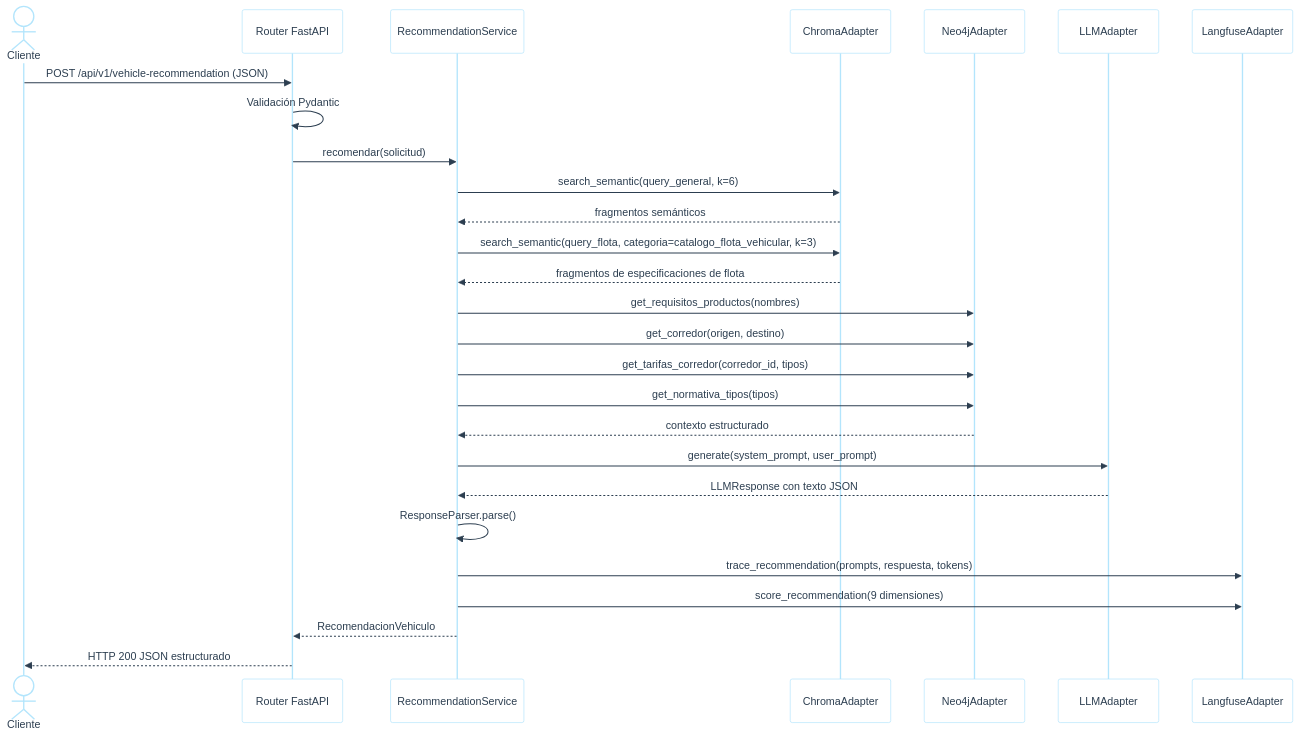
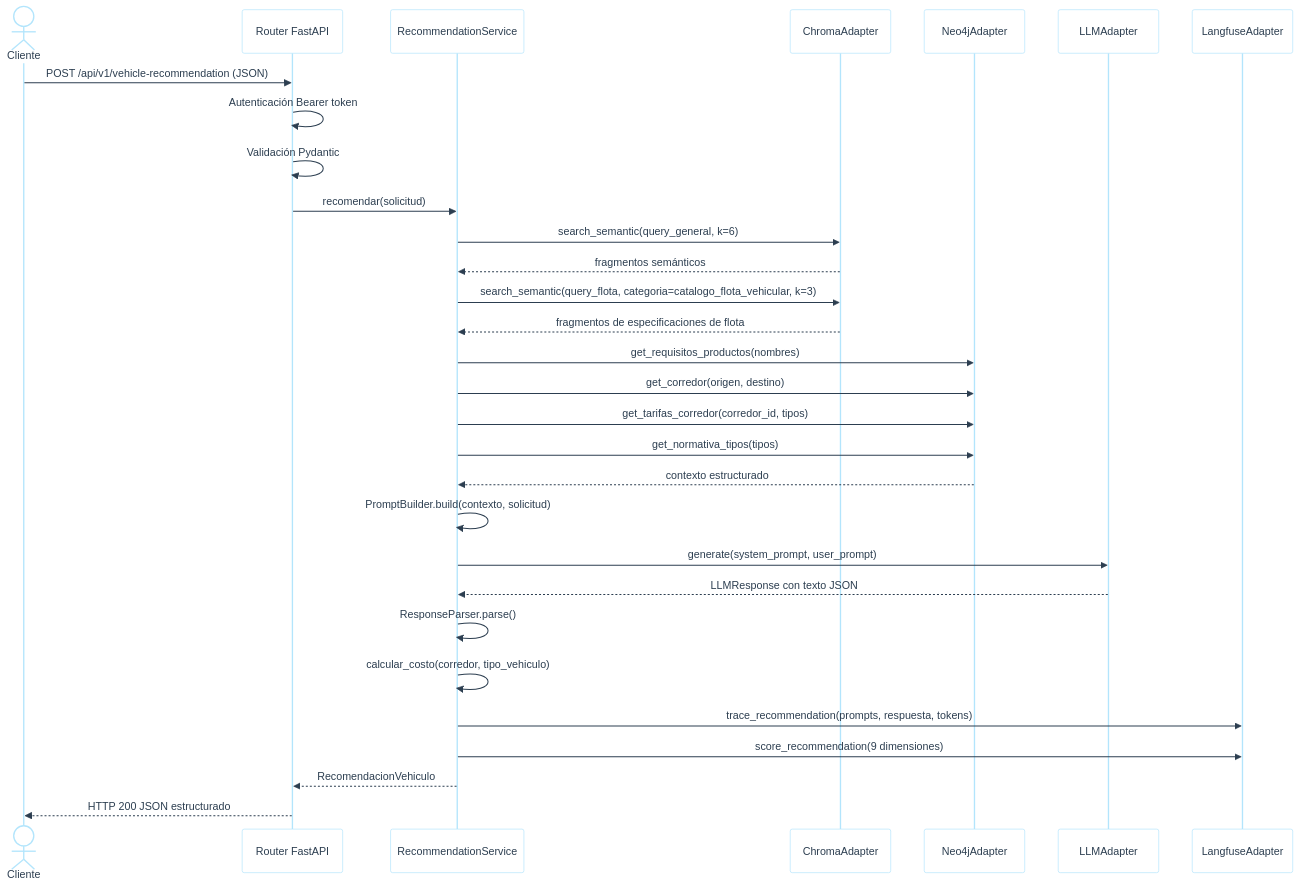
One commit to elizabethtrch/ST1701_dis-rag-vehicle-selection changed the third of 3 diagrams in docs/entrega_2/entrega_final_disenio_y_analisis.md. Above: the diagram before and after it, drawn with Mermaid. The commit also changed other lines of this file, not shown here.

First line of the commit message:
docs: corregir fidelidad técnica de los tres diagramas Mermaid

````diff
--- a/docs/entrega_2/entrega_final_disenio_y_analisis.md
+++ b/docs/entrega_2/entrega_final_disenio_y_analisis.md
@@ -182,50 +203,53 @@
 ```mermaid
 %%{init: {
   'theme': 'base',
   'themeVariables': {
     'primaryColor': '#e1f5fe',
     'primaryTextColor': '#2c3e50',
     'primaryBorderColor': '#b3e5fc',
     'lineColor': '#95a5a6',
     'secondaryColor': '#f3e5f5',
     'tertiaryColor': '#e8f5e9',
     'mainBkg': '#ffffff',
     'nodeBorder': '#d1d9e6',
     'clusterBkg': '#fafafa'
   }
 }}%%
 sequenceDiagram
     actor C as Cliente
     participant R as Router FastAPI
     participant S as RecommendationService
     participant CHROMA as ChromaAdapter
     participant NEO as Neo4jAdapter
     participant LLM as LLMAdapter
     participant OBS as LangfuseAdapter
 
     C->>R: POST /api/v1/vehicle-recommendation (JSON)
+    R->>R: Autenticación Bearer token
     R->>R: Validación Pydantic
     R->>S: recomendar(solicitud)
 
     S->>CHROMA: search_semantic(query_general, k=6)
     CHROMA-->>S: fragmentos semánticos
 
     S->>CHROMA: search_semantic(query_flota, categoria=catalogo_flota_vehicular, k=3)
     CHROMA-->>S: fragmentos de especificaciones de flota
 
     S->>NEO: get_requisitos_productos(nombres)
     S->>NEO: get_corredor(origen, destino)
     S->>NEO: get_tarifas_corredor(corredor_id, tipos)
     S->>NEO: get_normativa_tipos(tipos)
     NEO-->>S: contexto estructurado
 
+    S->>S: PromptBuilder.build(contexto, solicitud)
     S->>LLM: generate(system_prompt, user_prompt)
     LLM-->>S: LLMResponse con texto JSON
 
     S->>S: ResponseParser.parse()
+    S->>S: calcular_costo(corredor, tipo_vehiculo)
     S->>OBS: trace_recommendation(prompts, respuesta, tokens)
     S->>OBS: score_recommendation(9 dimensiones)
 
     S-->>R: RecomendacionVehiculo
     R-->>C: HTTP 200 JSON estructurado
 ```
````
